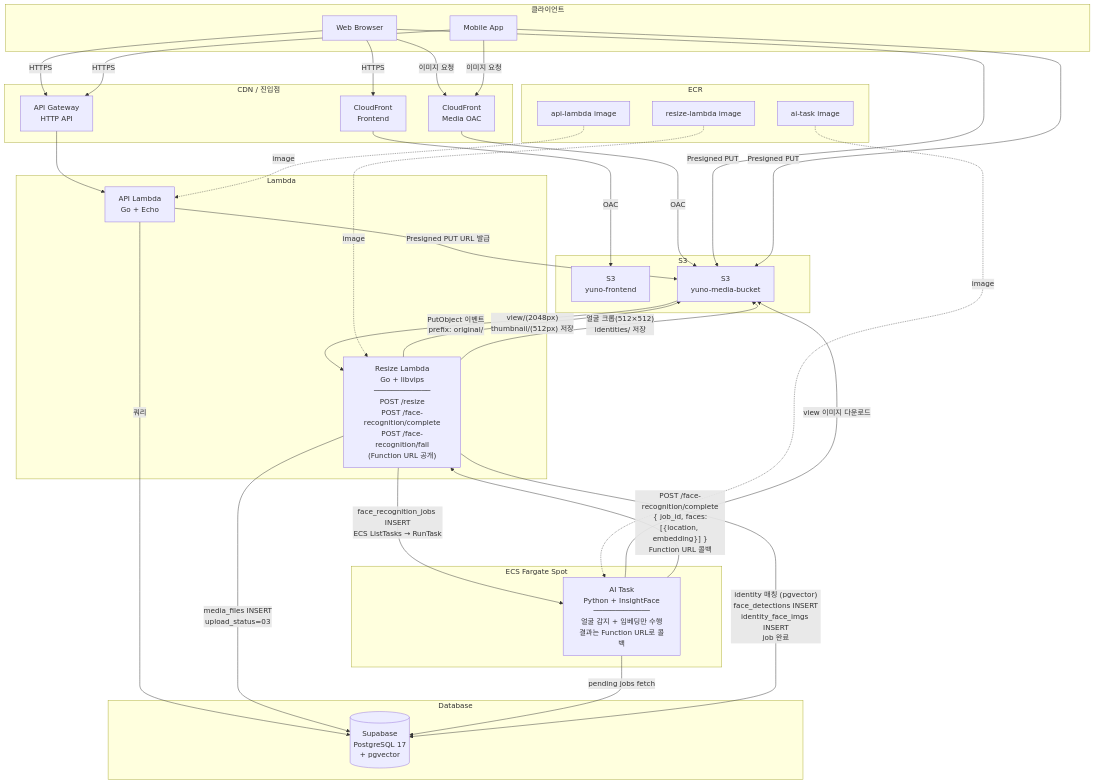
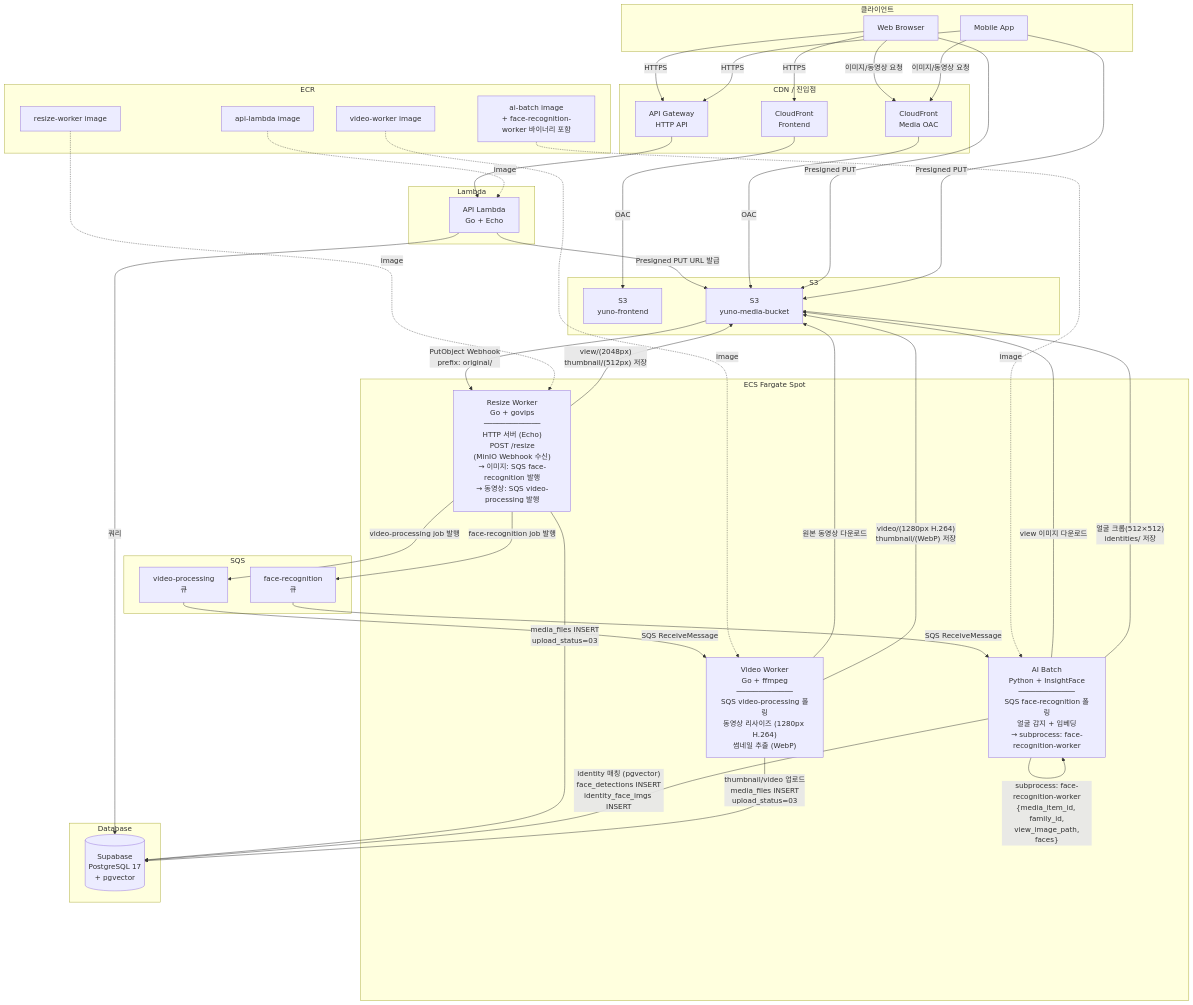
One commit to ywl0806/yuno_kiroku changed the first of 8 diagrams in docs/03-aws-infrastructure.md. Above: the diagram before and after it, drawn with Mermaid. The commit also changed other lines of this file and 25 other files, not shown here.

````diff
--- a/docs/03-aws-infrastructure.md
+++ b/docs/03-aws-infrastructure.md
@@ -26,11 +26,17 @@
 
     subgraph Compute["Lambda"]
         L_API[API Lambda\nGo + Echo]
-        L_RESIZE["Resize Lambda\nGo + libvips\n─────────────\nPOST /resize\nPOST /face-recognition/complete\nPOST /face-recognition/fail\n(Function URL 공개)"]
     end
 
-    subgraph AI["ECS Fargate Spot"]
-        ECS_AI["AI Task\nPython + InsightFace\n─────────────\n얼굴 감지 + 임베딩만 수행\n결과는 Function URL로 콜백"]
+    subgraph Workers["ECS Fargate Spot"]
+        ECS_RESIZE["Resize Worker\nGo + govips\n─────────────\nHTTP 서버 (Echo)\nPOST /resize\n(MinIO Webhook 수신)\n→ 이미지: SQS face-recognition 발행\n→ 동영상: SQS video-processing 발행"]
+        ECS_AI["AI Batch\nPython + InsightFace\n─────────────\nSQS face-recognition 폴링\n얼굴 감지 + 임베딩\n→ subprocess: face-recognition-worker"]
+        ECS_VIDEO["Video Worker\nGo + ffmpeg\n─────────────\nSQS video-processing 폴링\n동영상 리사이즈 (1280px H.264)\n썸네일 추출 (WebP)"]
+    end
+
+    subgraph Queues["SQS"]
+        SQS_FACE[face-recognition\n큐]
+        SQS_VIDEO[video-processing\n큐]
     end
 
     subgraph DB["Database"]
@@ -39,8 +45,9 @@
 
     subgraph Registry["ECR"]
         ECR_API[api-lambda image]
-        ECR_RESIZE[resize-lambda image]
-        ECR_AI[ai-task image]
+        ECR_RESIZE[resize-worker image]
+        ECR_AI[ai-batch image\n+ face-recognition-worker 바이너리 포함]
+        ECR_VIDEO[video-worker image]
     end
 
     %% 클라이언트 → 진입점
@@ -57,33 +64,39 @@
     L_API -->|Presigned PUT URL 발급| S3_MEDIA
 
     %% 미디어 파일 서빙
-    WEB -->|이미지 요청| CF_MEDIA
-    MOB -->|이미지 요청| CF_MEDIA
+    WEB -->|이미지/동영상 요청| CF_MEDIA
+    MOB -->|이미지/동영상 요청| CF_MEDIA
     CF_MEDIA -->|OAC| S3_MEDIA
 
     %% 클라이언트 → S3 직접 업로드
     WEB -->|Presigned PUT| S3_MEDIA
     MOB -->|Presigned PUT| S3_MEDIA
 
-    %% S3 이벤트 → Resize Lambda
-    S3_MEDIA -->|"PutObject 이벤트\nprefix: original/"| L_RESIZE
+    %% S3 이벤트 → Resize Worker
+    S3_MEDIA -->|"PutObject Webhook\nprefix: original/"| ECS_RESIZE
 
-    %% Resize Lambda 처리
-    L_RESIZE -->|"view/(2048px)\nthumbnail/(512px) 저장"| S3_MEDIA
-    L_RESIZE -->|"media_files INSERT\nupload_status=03"| SUPA
-    L_RESIZE -->|"face_recognition_jobs INSERT\nECS ListTasks → RunTask"| ECS_AI
+    %% Resize Worker 처리
+    ECS_RESIZE -->|"view/(2048px)\nthumbnail/(512px) 저장"| S3_MEDIA
+    ECS_RESIZE -->|"media_files INSERT\nupload_status=03"| SUPA
+    ECS_RESIZE -->|"face-recognition job 발행"| SQS_FACE
+    ECS_RESIZE -->|"video-processing job 발행"| SQS_VIDEO
 
-    %% ECS: 얼굴 감지만 수행
-    ECS_AI -->|"pending jobs fetch"| SUPA
+    %% AI Batch: SQS 폴링 → 얼굴 감지 → Go CLI
+    SQS_FACE -->|"SQS ReceiveMessage"| ECS_AI
     ECS_AI -->|"view 이미지 다운로드"| S3_MEDIA
-    ECS_AI -->|"POST /face-recognition/complete\n{ job_id, faces:[{location, embedding}] }\nFunction URL 콜백"| L_RESIZE
+    ECS_AI -->|"subprocess: face-recognition-worker\n{media_item_id, family_id,\n view_image_path, faces}"| ECS_AI
+    ECS_AI -->|"identity 매칭 (pgvector)\nface_detections INSERT\nidentity_face_imgs INSERT"| SUPA
+    ECS_AI -->|"얼굴 크롭(512×512)\nidentities/ 저장"| S3_MEDIA
 
-    %% Resize Lambda: 콜백 처리
-    L_RESIZE -->|"identity 매칭 (pgvector)\nface_detections INSERT\nidentity_face_imgs INSERT\njob 완료"| SUPA
-    L_RESIZE -->|"얼굴 크롭(512×512)\nidentities/ 저장"| S3_MEDIA
+    %% Video Worker: SQS 폴링 → 동영상 처리
+    SQS_VIDEO -->|"SQS ReceiveMessage"| ECS_VIDEO
+    ECS_VIDEO -->|"원본 동영상 다운로드"| S3_MEDIA
+    ECS_VIDEO -->|"thumbnail/video 업로드\nmedia_files INSERT\nupload_status=03"| SUPA
+    ECS_VIDEO -->|"video/(1280px H.264)\nthumbnail/(WebP) 저장"| S3_MEDIA
 
-    %% ECR → Lambda/ECS 이미지 참조
+    %% ECR → 이미지 참조
     ECR_API -.->|image| L_API
-    ECR_RESIZE -.->|image| L_RESIZE
+    ECR_RESIZE -.->|image| ECS_RESIZE
     ECR_AI -.->|image| ECS_AI
+    ECR_VIDEO -.->|image| ECS_VIDEO
 ```
````
